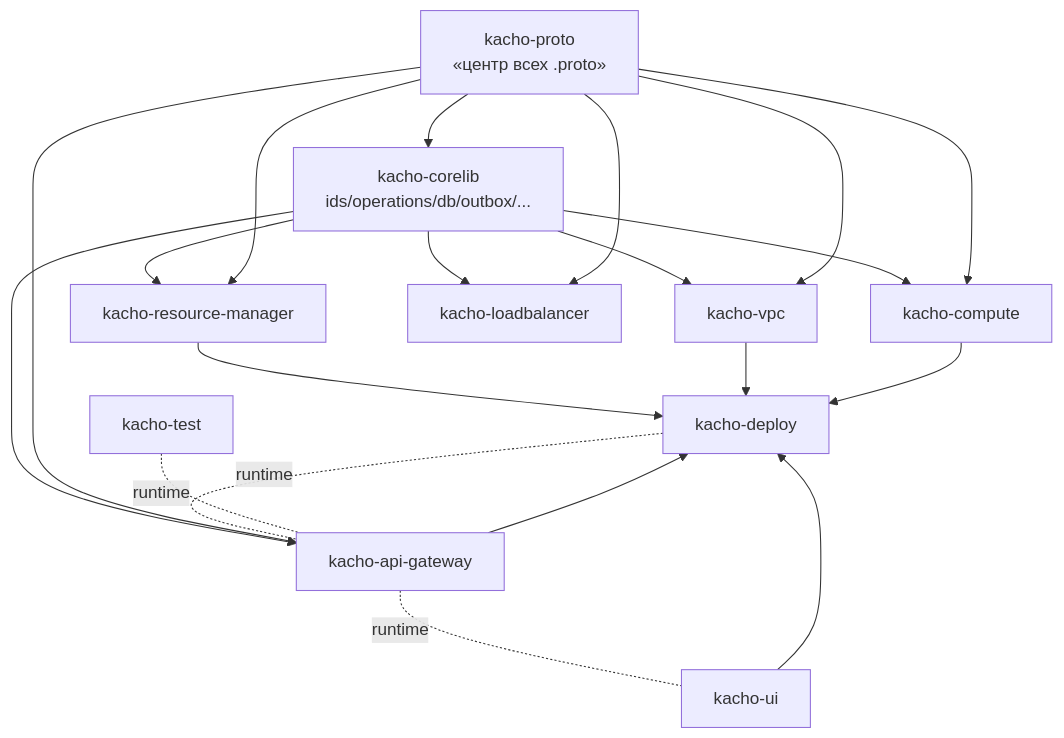
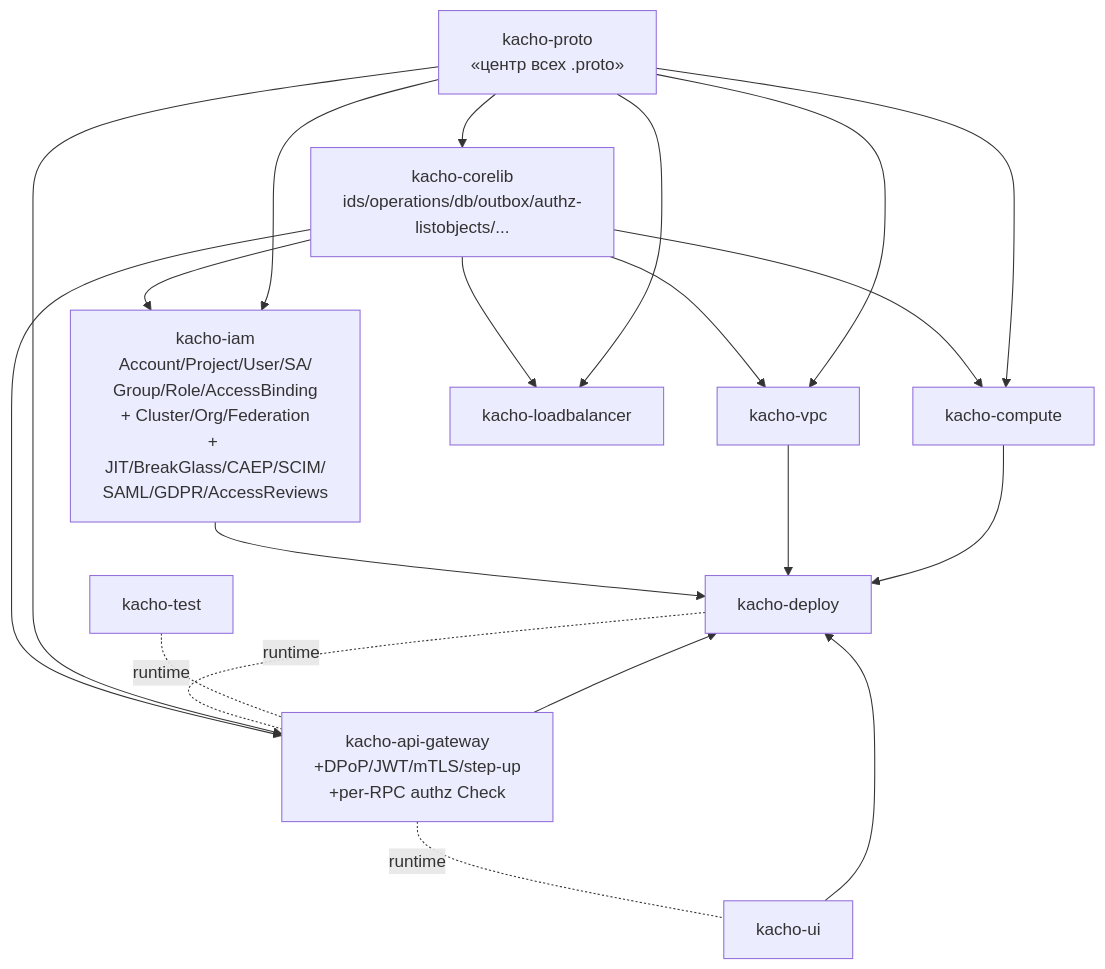
One commit to PRO-Robotech/kacho-workspace changed the first of 10 diagrams in obsidian/kacho/architecture.md. Above: the diagram before and after it, drawn with Mermaid. The commit also changed other lines of this file and 52 other files, not shown here.

````diff
--- a/obsidian/kacho/architecture.md
+++ b/obsidian/kacho/architecture.md
@@ -16,35 +16,35 @@
 ```mermaid
 graph TD
     proto[kacho-proto<br/>«центр всех .proto»]
-    corelib[kacho-corelib<br/>ids/operations/db/outbox/...]
-    rm[kacho-resource-manager]
+    corelib[kacho-corelib<br/>ids/operations/db/outbox/authz-listobjects/...]
+    iam[kacho-iam<br/>Account/Project/User/SA/<br/>Group/Role/AccessBinding<br/>+ Cluster/Org/Federation<br/>+ JIT/BreakGlass/CAEP/SCIM/<br/>SAML/GDPR/AccessReviews]
     vpc[kacho-vpc]
     compute[kacho-compute]
     nlb[kacho-loadbalancer]
-    apigw[kacho-api-gateway]
+    apigw[kacho-api-gateway<br/>+DPoP/JWT/mTLS/step-up<br/>+per-RPC authz Check]
     deploy[kacho-deploy]
     ui[kacho-ui]
     test[kacho-test]
 
     proto --> corelib
-    corelib --> rm
+    corelib --> iam
     corelib --> vpc
     corelib --> compute
     corelib --> nlb
     corelib --> apigw
-    proto --> rm
+    proto --> iam
     proto --> vpc
     proto --> compute
     proto --> nlb
     proto --> apigw
 
-    rm --> deploy
+    iam --> deploy
     vpc --> deploy
     compute --> deploy
     apigw --> deploy
     ui --> deploy
 
     deploy -.runtime.- apigw
     apigw -.runtime.- ui
     test -.runtime.- apigw
 ```
````
